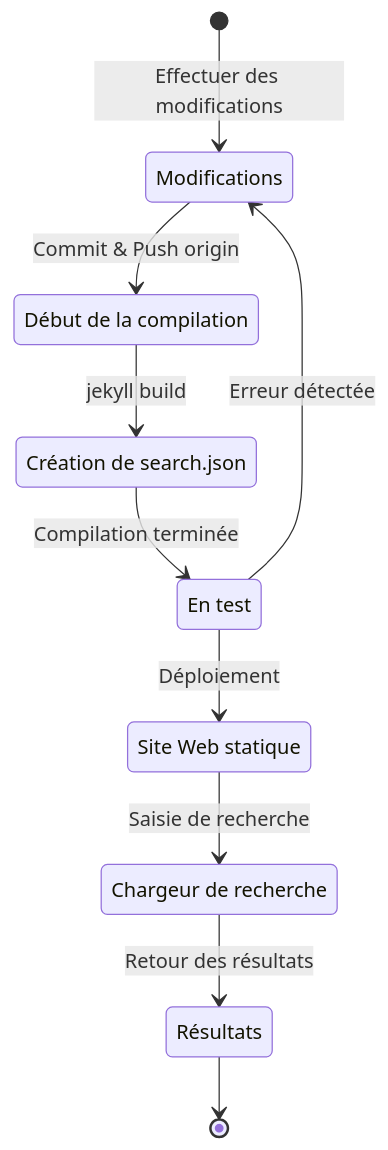
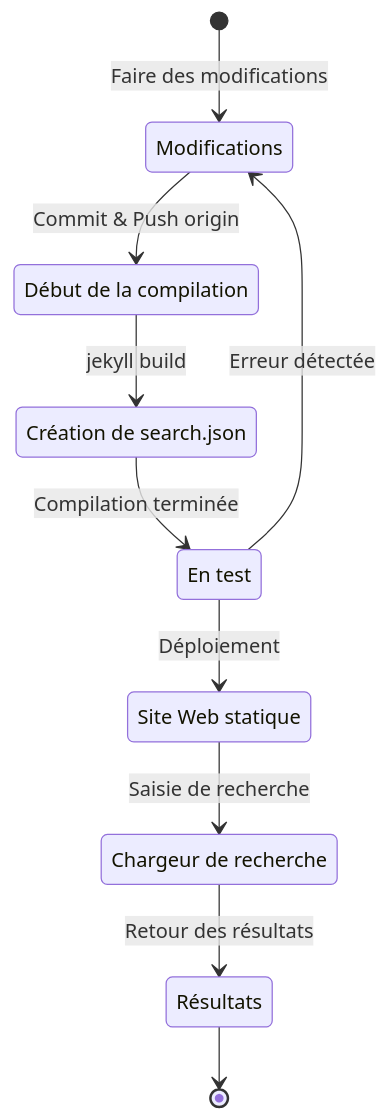
Before and after one commit to yunseo-kim/yunseo-kim.github.io: the diagram in _posts/fr/2024-11-25-how-to-support-multi-language-on-jekyll-blog-with-polyglot-2.md, drawn with Mermaid. The commit also changed other lines of this file and 14 other files, not shown here.

````diff
--- a/_posts/fr/2024-11-25-how-to-support-multi-language-on-jekyll-blog-with-polyglot-2.md
+++ b/_posts/fr/2024-11-25-how-to-support-multi-language-on-jekyll-blog-with-polyglot-2.md
@@ -295,20 +325,20 @@
 ```mermaid
 stateDiagram
   state "Modifications" as CH
   state "Début de la compilation" as BLD
   state "Création de search.json" as IDX
   state "Site Web statique" as DEP
   state "En test" as TST
   state "Chargeur de recherche" as SCH
   state "Résultats" as R
     
-  [*] --> CH: Effectuer des modifications
+  [*] --> CH: Faire des modifications
   CH --> BLD: Commit & Push origin
   BLD --> IDX: jekyll build
   IDX --> TST: Compilation terminée
   TST --> CH: Erreur détectée
   TST --> DEP: Déploiement
   DEP --> SCH: Saisie de recherche
   SCH --> R: Retour des résultats
   R --> [*]
 ```
````
